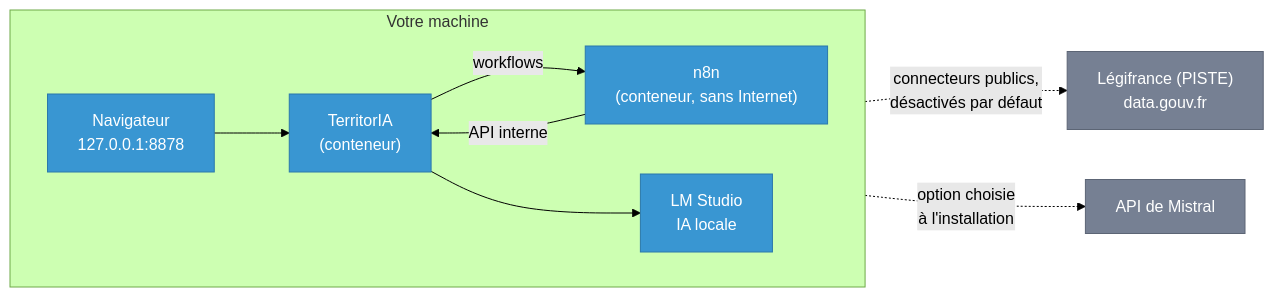
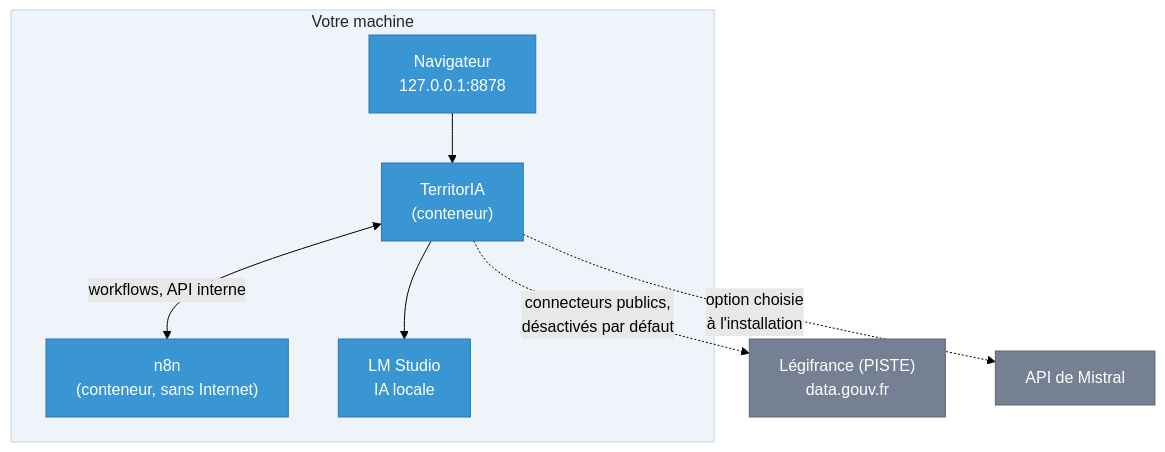
One commit to didou92i/territoria changed the second of 2 diagrams in README.md. Above: the diagram before and after it, drawn with Mermaid (forest theme). The commit also changed other lines of this file, not shown here.

Commit message:
docs(readme): schémas plus lisibles
Le schéma d'architecture passe en disposition verticale, plus large à
l'écran, et les cadres des deux schémas prennent les couleurs du projet.

````diff
--- a/README.md
+++ b/README.md
@@ -90,16 +92,15 @@
 ```mermaid
-flowchart LR
+flowchart TB
     subgraph poste["Votre machine"]
-        direction LR
         N["Navigateur<br>127.0.0.1:8878"] --> T["TerritorIA<br>(conteneur)"]
-        T -- "workflows" --> W["n8n<br>(conteneur, sans Internet)"]
-        W -- "API interne" --> T
+        T <-- "workflows, API interne" --> W["n8n<br>(conteneur, sans Internet)"]
         T --> L["LM Studio<br>IA locale"]
     end
     T -. "connecteurs publics,<br>désactivés par défaut" .-> P["Légifrance (PISTE)<br>data.gouv.fr"]
     T -. "option choisie<br>à l'installation" .-> M["API de Mistral"]
     classDef dedans fill:#3996d2,stroke:#2b78ab,color:#ffffff
     classDef dehors fill:#768093,stroke:#5c6575,color:#ffffff
     class N,T,W,L dedans
     class P,M dehors
+    style poste fill:#eef4fa,stroke:#c9d6e3,color:#1b2433
 ```
````
